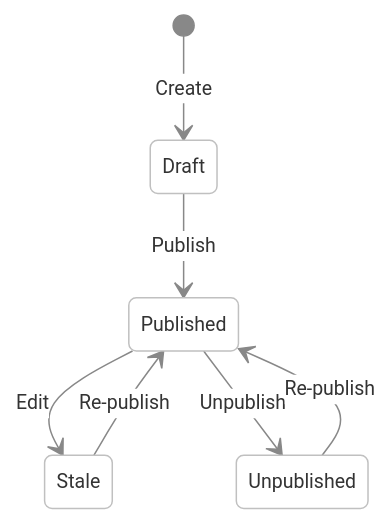
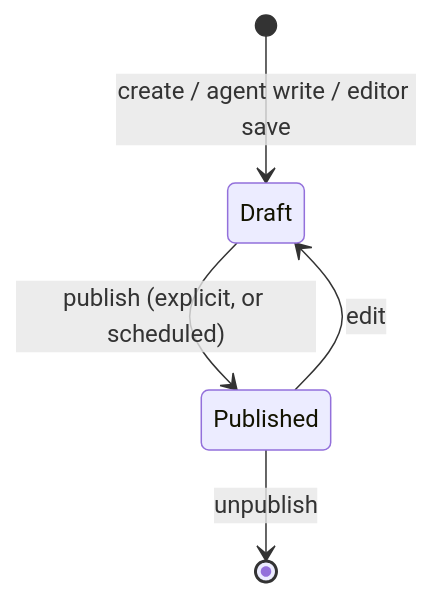
The diagram in docs-shio/getting-started/core-concepts.md (openviglet/docs), drawn with Mermaid before and after one commit. The commit also changed other lines of this file and 37 other files, not shown here.

First line of the commit message:
feat: add new diagrams and documentation for agent workflows

````diff
--- a/docs-shio/getting-started/core-concepts.md
+++ b/docs-shio/getting-started/core-concepts.md
@@ -45,10 +55,7 @@
 ```mermaid
-%%{init: {'theme': 'base', 'themeVariables': {'fontSize': '13px', 'primaryColor': '#fff', 'primaryBorderColor': '#c0c0c0', 'lineColor': '#888', 'textColor': '#333'}}}%%
 stateDiagram-v2
-    [*] --> Draft: Create
-    Draft --> Published: Publish
-    Published --> Stale: Edit
-    Stale --> Published: Re-publish
-    Published --> Unpublished: Unpublish
-    Unpublished --> Published: Re-publish
+    [*] --> Draft: create / agent write / editor save
+    Draft --> Published: publish (explicit, or scheduled)
+    Published --> Draft: edit
+    Published --> [*]: unpublish
 ```
````
